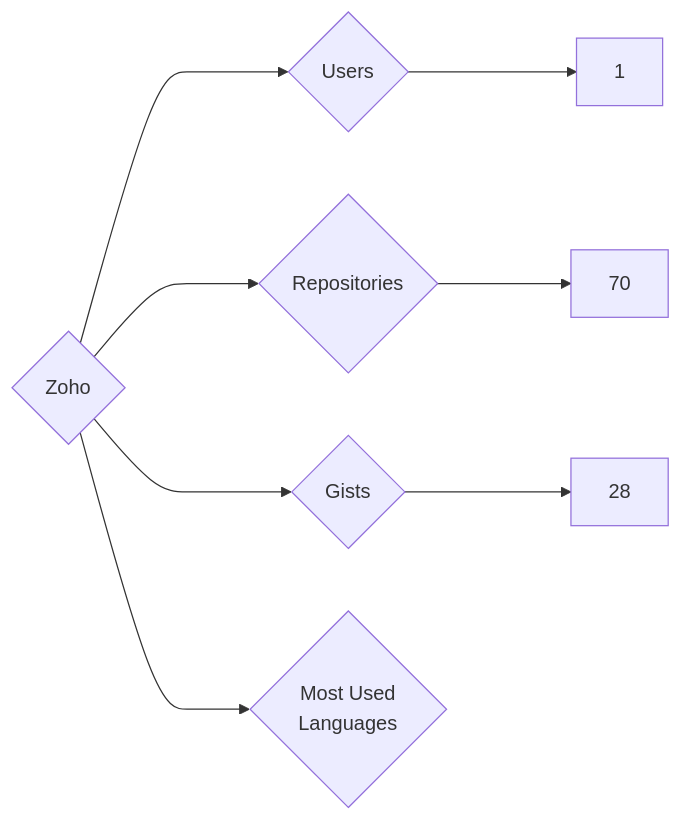
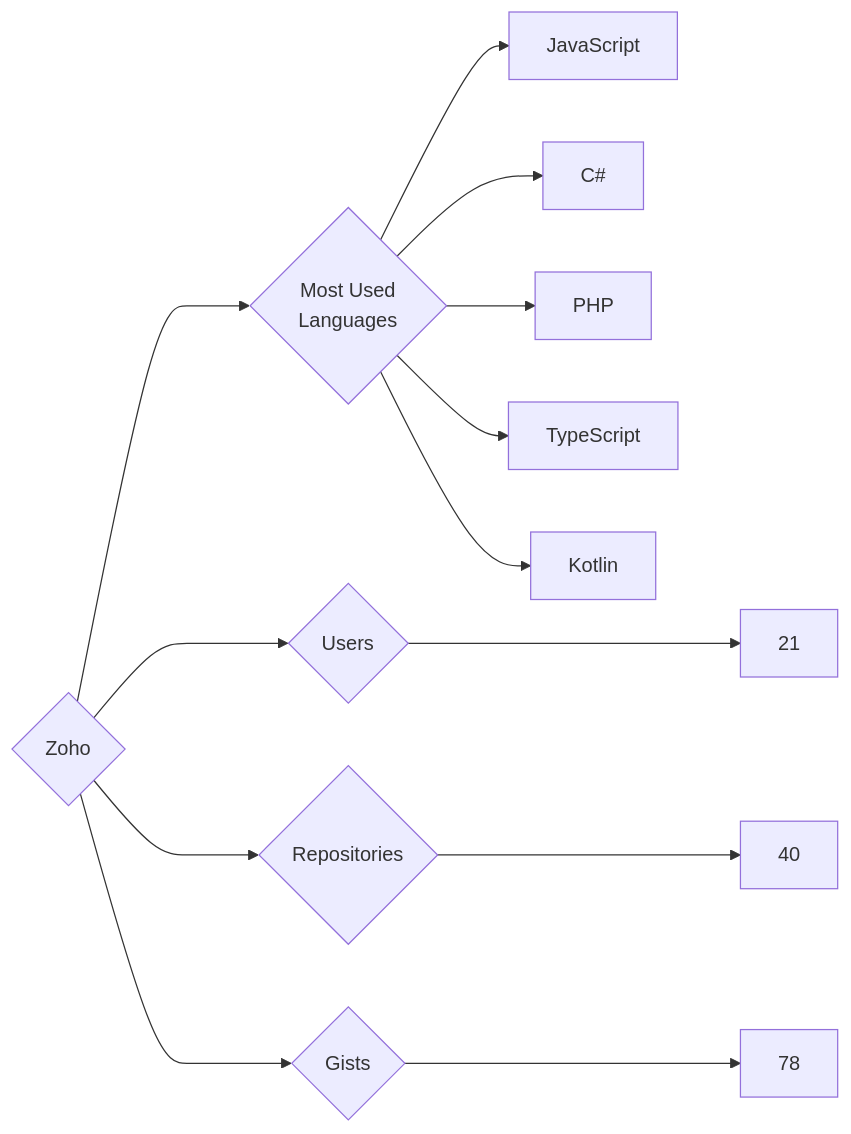
Before and after one commit to trickest/insiders: the diagram in targets/Zoho/README.md, drawn with Mermaid. The commit also changed 969 other files, not shown here.

````diff
--- a/targets/Zoho/README.md
+++ b/targets/Zoho/README.md
@@ -3,8 +3,13 @@
 ```mermaid
 graph LR
 COMPANY_NAME{Zoho}
-COMPANY_NAME ---> U{Users} ---> UN[1]
-COMPANY_NAME ---> R{Repositories} ---> RN[70]
-COMPANY_NAME ---> G{Gists} ---> GN[28]
+COMPANY_NAME ---> U{Users} ---> UN[21]
+COMPANY_NAME ---> R{Repositories} ---> RN[40]
+COMPANY_NAME ---> G{Gists} ---> GN[78]
 COMPANY_NAME ---> ML{Most Used<br>Languages}
+ML --> JavaScript[JavaScript]
+ML --> C#[C#]
+ML --> PHP[PHP]
+ML --> TypeScript[TypeScript]
+ML --> Kotlin[Kotlin]
 ```
````
